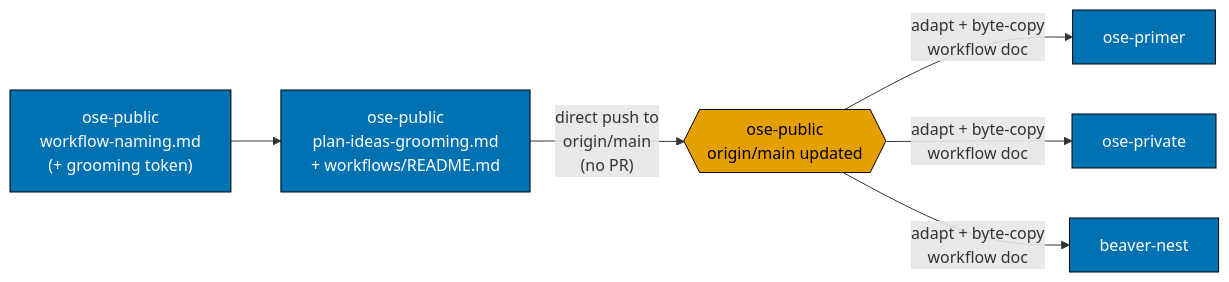
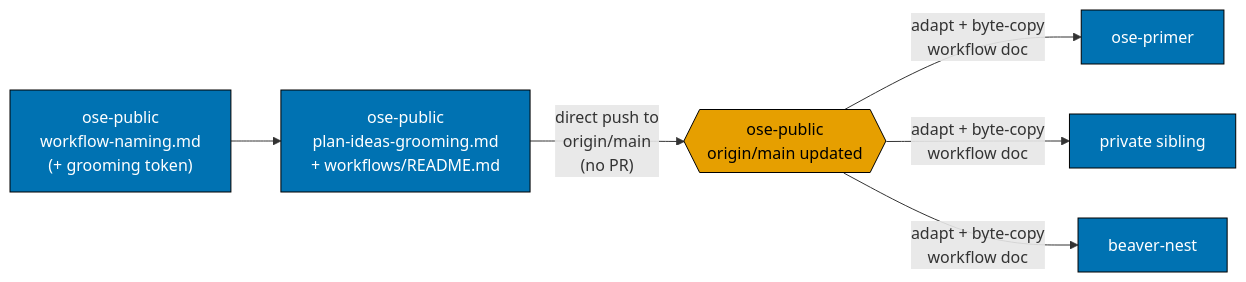
Before and after one commit to wahidyankf/ose-public: the first of 4 diagrams in plans/done/2026-08-05__plan-ideas-grooming-workflow/tech-docs.md, drawn with Mermaid. The commit also changed other lines of this file and 325 other files, not shown here.

First line of the commit message:
docs(repo): name the private sibling by role, not by repository

````diff
--- a/plans/done/2026-08-05__plan-ideas-grooming-workflow/tech-docs.md
+++ b/plans/done/2026-08-05__plan-ideas-grooming-workflow/tech-docs.md
@@ -32,13 +32,13 @@
 ```mermaid
 flowchart LR
     A["ose-public<br/>workflow-naming.md<br/>(+ grooming token)"] --> BC["ose-public<br/>plan-ideas-grooming.md<br/>+ workflows/README.md"]
     BC -->|"direct push to<br/>origin/main<br/>(no PR)"| D{{"ose-public<br/>origin/main updated"}}
     D -->|"adapt + byte-copy<br/>workflow doc"| E["ose-primer"]
-    D -->|"adapt + byte-copy<br/>workflow doc"| F["ose-private"]
+    D -->|"adapt + byte-copy<br/>workflow doc"| F["private sibling"]
     D -->|"adapt + byte-copy<br/>workflow doc"| G["beaver-nest"]
 
     classDef repo fill:#0072B2,stroke:#000,color:#fff
     classDef gate fill:#E69F00,stroke:#000,color:#000
     class A,BC,E,F,G repo
     class D gate
 ```
````
